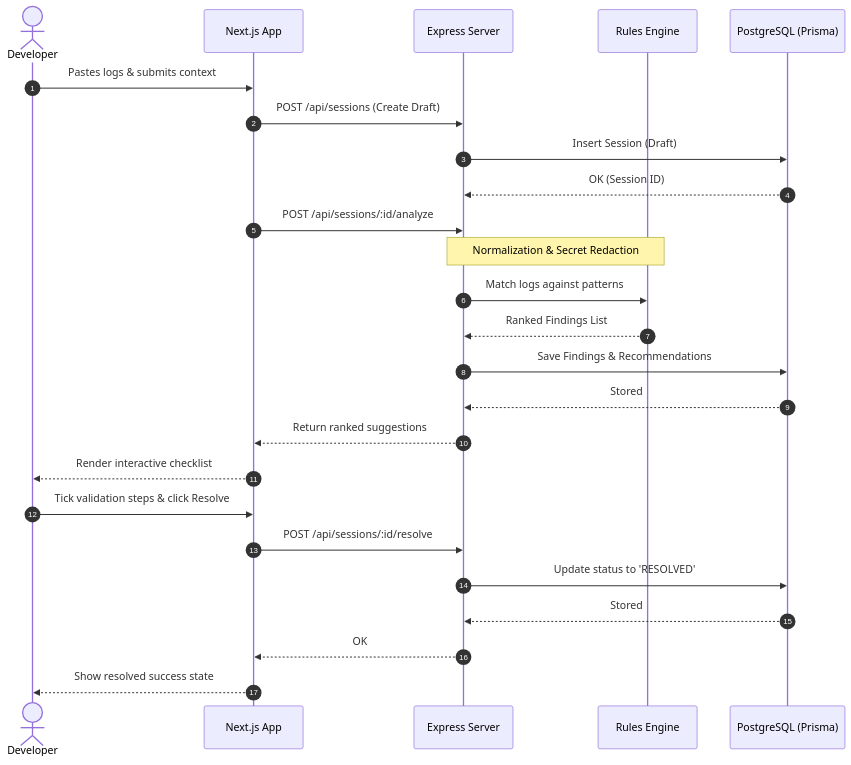
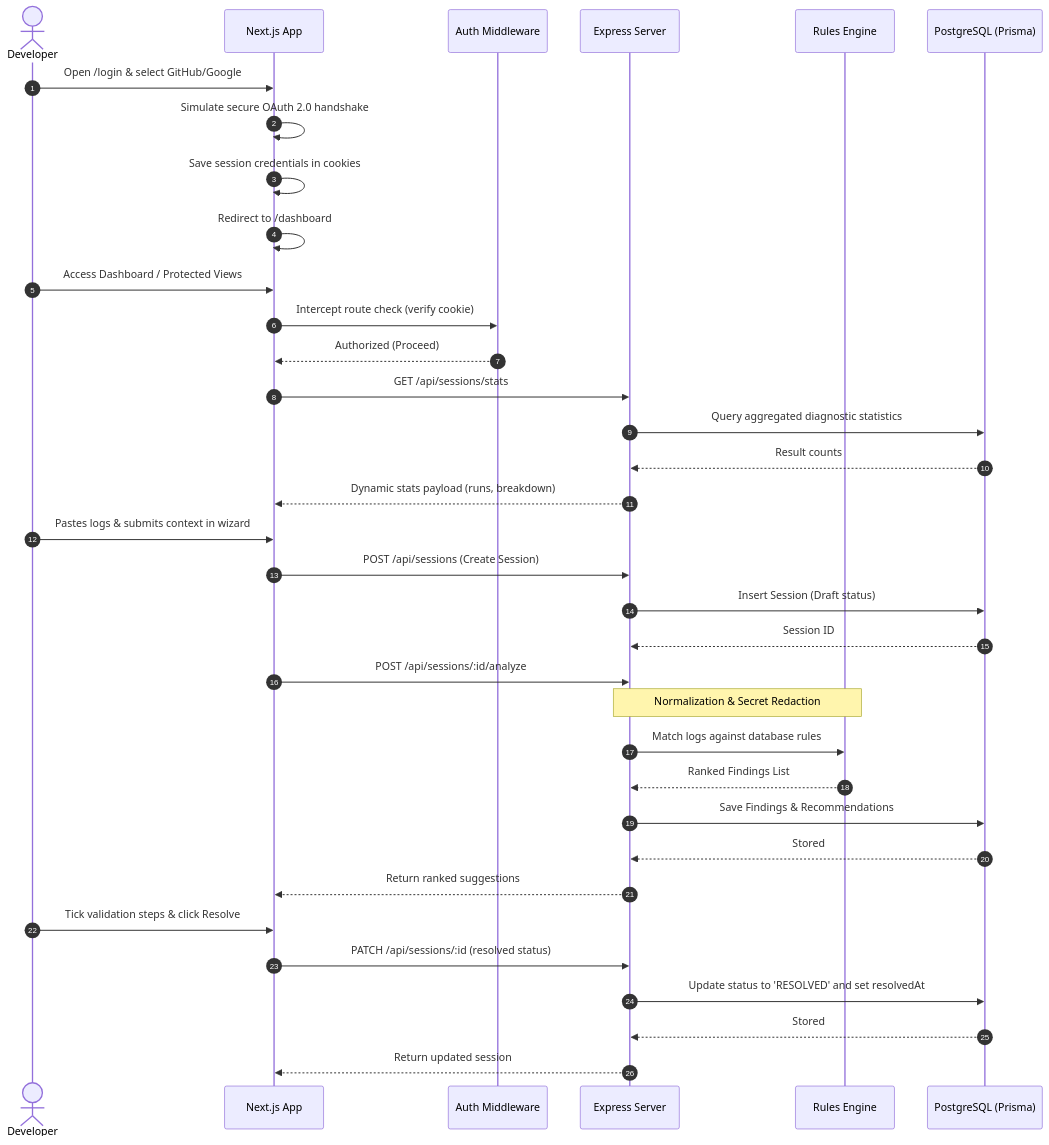
One commit to soumyachk101/LaunchLens changed the third of 3 diagrams in README.md. Above: the diagram before and after it, drawn with Mermaid. The commit also changed other lines of this file, not shown here.

Commit message:
docs: update README.md with authentication middleware, OAuth flow, and Postgres seeding instructions

````diff
--- a/README.md
+++ b/README.md
@@ -64,28 +65,43 @@
 ```mermaid
 sequenceDiagram
     autonumber
     actor User as Developer
     participant Client as Next.js App
+    participant Middleware as Auth Middleware
     participant Server as Express Server
     participant Rules as Rules Engine
     participant Database as PostgreSQL (Prisma)
 
-    User->>Client: Pastes logs & submits context
-    Client->>Server: POST /api/sessions (Create Draft)
-    Server->>Database: Insert Session (Draft)
-    Database-->>Server: OK (Session ID)
+    User->>Client: Open /login & select GitHub/Google
+    Client->>Client: Simulate secure OAuth 2.0 handshake
+    Client->>Client: Save session credentials in cookies
+    Client->>Client: Redirect to /dashboard
+    
+    User->>Client: Access Dashboard / Protected Views
+    Client->>Middleware: Intercept route check (verify cookie)
+    Middleware-->>Client: Authorized (Proceed)
+    
+    Client->>Server: GET /api/sessions/stats
+    Server->>Database: Query aggregated diagnostic statistics
+    Database-->>Server: Result counts
+    Server-->>Client: Dynamic stats payload (runs, breakdown)
+    
+    User->>Client: Pastes logs & submits context in wizard
+    Client->>Server: POST /api/sessions (Create Session)
+    Server->>Database: Insert Session (Draft status)
+    Database-->>Server: Session ID
+    
     Client->>Server: POST /api/sessions/:id/analyze
     Note over Server,Rules: Normalization & Secret Redaction
-    Server->>Rules: Match logs against patterns
+    Server->>Rules: Match logs against database rules
     Rules-->>Server: Ranked Findings List
     Server->>Database: Save Findings & Recommendations
     Database-->>Server: Stored
     Server-->>Client: Return ranked suggestions
-    Client-->>User: Render interactive checklist
+    
     User->>Client: Tick validation steps & click Resolve
-    Client->>Server: POST /api/sessions/:id/resolve
-    Server->>Database: Update status to 'RESOLVED'
+    Client->>Server: PATCH /api/sessions/:id (resolved status)
+    Server->>Database: Update status to 'RESOLVED' and set resolvedAt
     Database-->>Server: Stored
-    Server-->>Client: OK
-    Client-->>User: Show resolved success state
+    Server-->>Client: Return updated session
 ```
````
